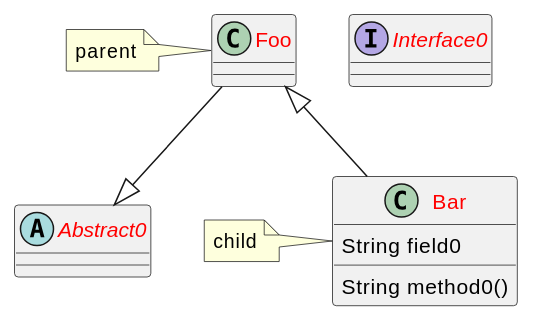
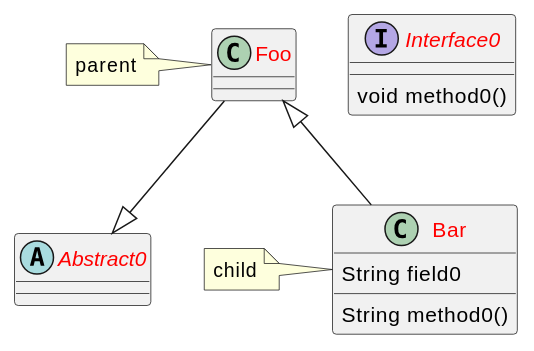
The third of 7 diagrams in content/post/archive-3/plantuml.md (wiloon/blog), drawn with PlantUML before and after one commit. The commit also changed other lines of this file and 163 other files, not shown here.

````diff
--- a/content/post/archive-3/plantuml.md
+++ b/content/post/archive-3/plantuml.md
@@ -105,21 +106,23 @@
 ```puml
 @startuml
 skinparam classFontColor red
 
 class Foo
 note left: parent
 
 class Bar
 Bar : String field0
 Bar : String method0()
 
 Foo<|--Bar
 note left: child
 
 abstract class Abstract0
 Foo--|>Abstract0
 
 interface Interface0
 
+' 注意, 接口名和冒号之间必须用空格分隔
+Interface0 : void method0()
 @enduml
 ```
````
